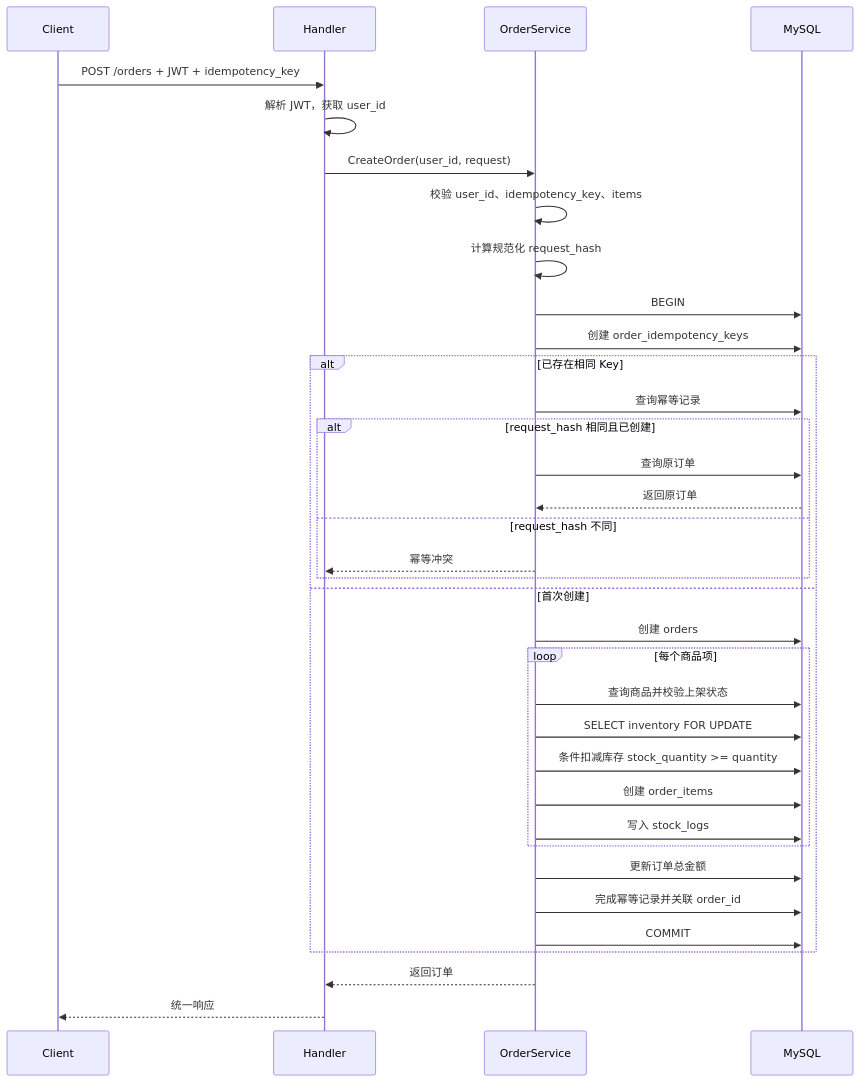
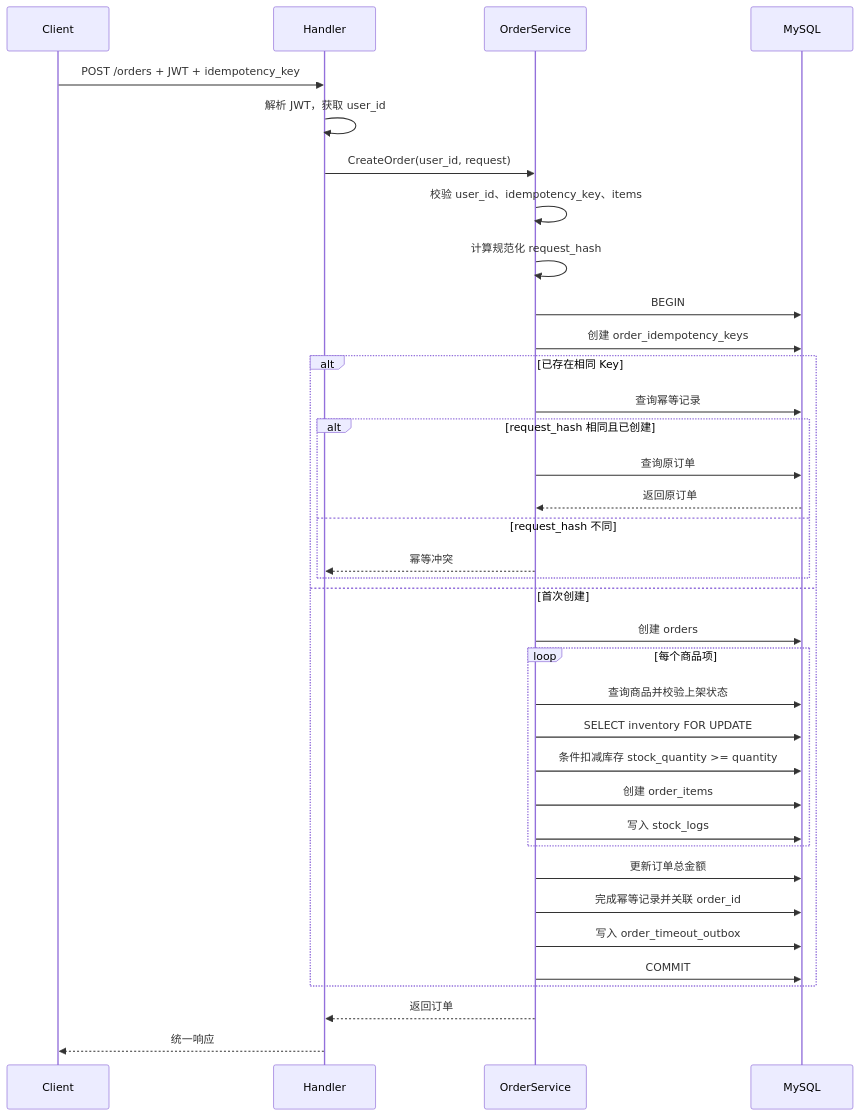
One commit to Yotoha0303/go-order-management-system-cloudnative-lab changed the first of 4 diagrams in docs/order_flow.md. Above: the diagram before and after it, drawn with Mermaid. The commit also changed other lines of this file and 11 other files, not shown here.

````diff
--- a/docs/order_flow.md
+++ b/docs/order_flow.md
@@ -17,38 +18,39 @@
 ```mermaid
 sequenceDiagram
     participant C as Client
     participant H as Handler
     participant S as OrderService
     participant DB as MySQL
 
     C->>H: POST /orders + JWT + idempotency_key
     H->>H: 解析 JWT，获取 user_id
     H->>S: CreateOrder(user_id, request)
     S->>S: 校验 user_id、idempotency_key、items
     S->>S: 计算规范化 request_hash
     S->>DB: BEGIN
     S->>DB: 创建 order_idempotency_keys
     alt 已存在相同 Key
         S->>DB: 查询幂等记录
         alt request_hash 相同且已创建
             S->>DB: 查询原订单
             DB-->>S: 返回原订单
         else request_hash 不同
             S-->>H: 幂等冲突
         end
     else 首次创建
         S->>DB: 创建 orders
         loop 每个商品项
             S->>DB: 查询商品并校验上架状态
             S->>DB: SELECT inventory FOR UPDATE
             S->>DB: 条件扣减库存 stock_quantity >= quantity
             S->>DB: 创建 order_items
             S->>DB: 写入 stock_logs
         end
         S->>DB: 更新订单总金额
         S->>DB: 完成幂等记录并关联 order_id
+        S->>DB: 写入 order_timeout_outbox
         S->>DB: COMMIT
     end
     S-->>H: 返回订单
     H-->>C: 统一响应
 ```
````
